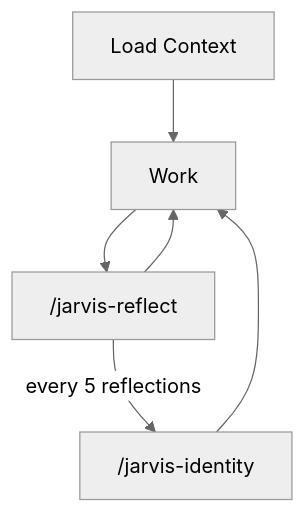
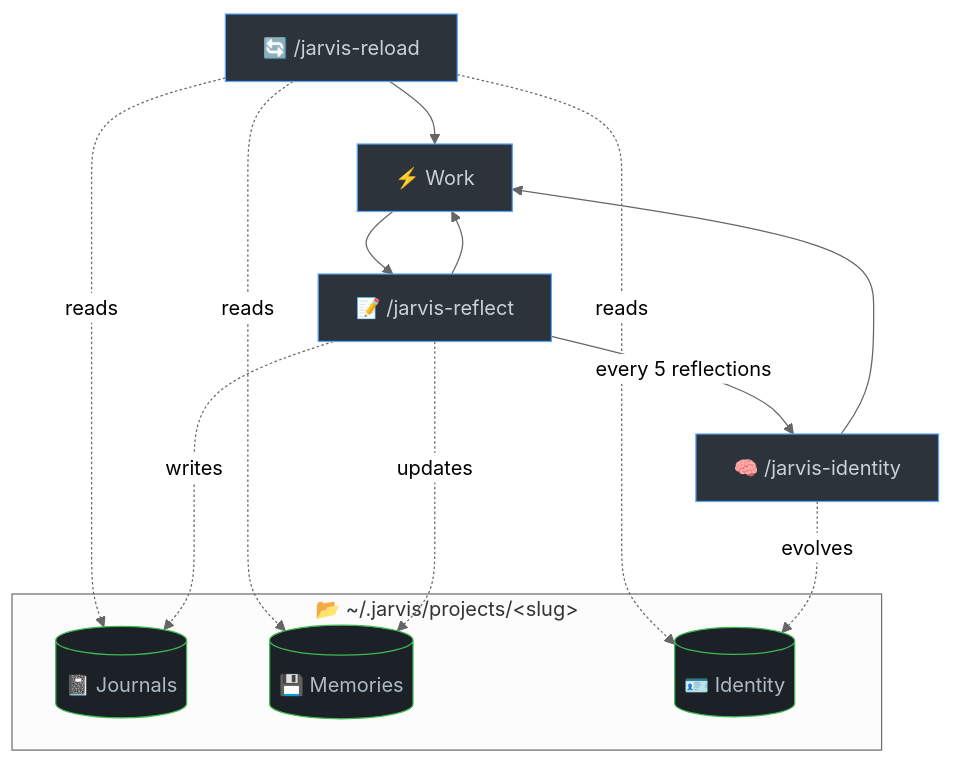
Before and after one commit to epicrunze/JaRVIS: the diagram in README.md, drawn with Mermaid (neutral theme).

Commit message:
updated mermaid to look better

````diff
--- a/README.md
+++ b/README.md
@@ -121,8 +121,27 @@
 ```mermaid
 flowchart TD
-    A[Load Context] --> B[Work]
-    B --> C["/jarvis-reflect"]
+    A["🔄 /jarvis-reload"] --> B["⚡ Work"]
+    B --> C["📝 /jarvis-reflect"]
     C --> B
-    C -->|every 5 reflections| D["/jarvis-identity"]
+    C -->|every 5 reflections| D["🧠 /jarvis-identity"]
     D --> B
+
+    subgraph store ["📂 ~/.jarvis/projects/&lt;slug&gt;"]
+        J[("📓 Journals")]
+        M[("💾 Memories")]
+        I[("🪪 Identity")]
+    end
+
+    A -. reads .-> I
+    A -. reads .-> M
+    A -. reads .-> J
+    C -. writes .-> J
+    C -. updates .-> M
+    D -. evolves .-> I
+
+    classDef cmd fill:#2d333b,stroke:#58a6ff,color:#c9d1d9
+    classDef data fill:#1c2128,stroke:#3fb950,color:#adbac7
+
+    class A,B,C,D cmd
+    class J,M,I data
 ```
````
